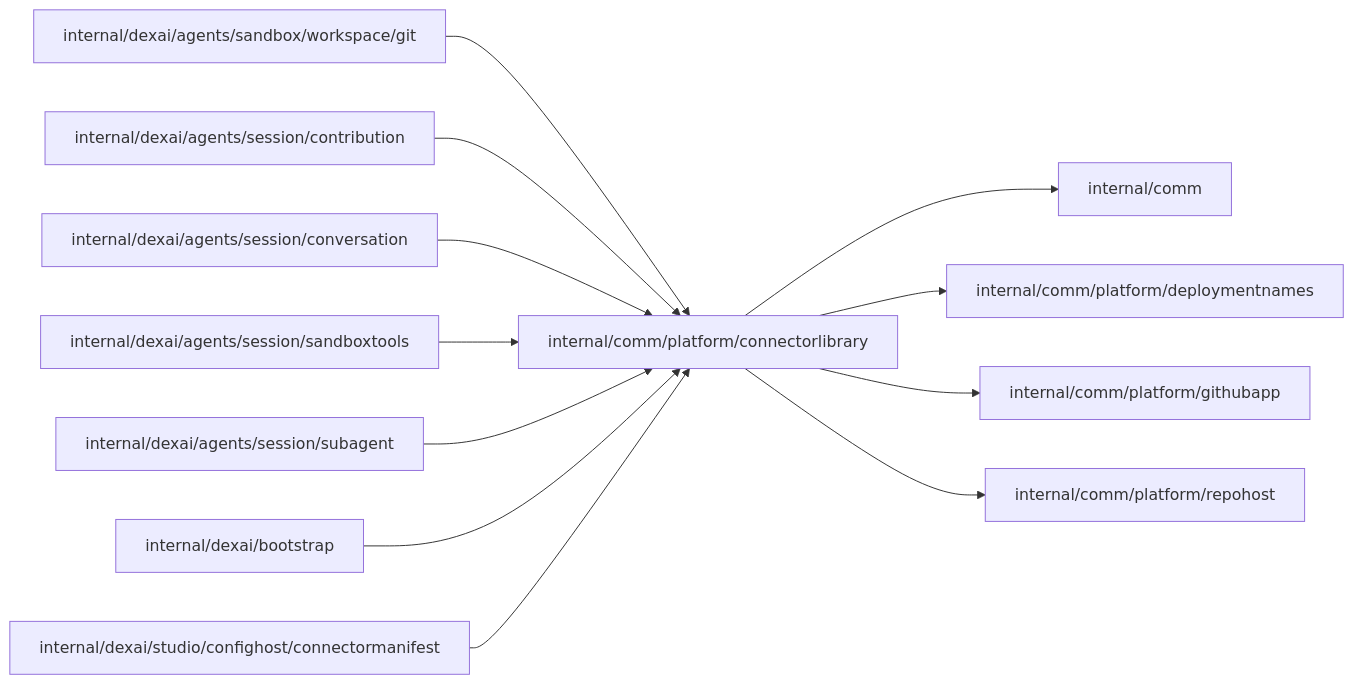
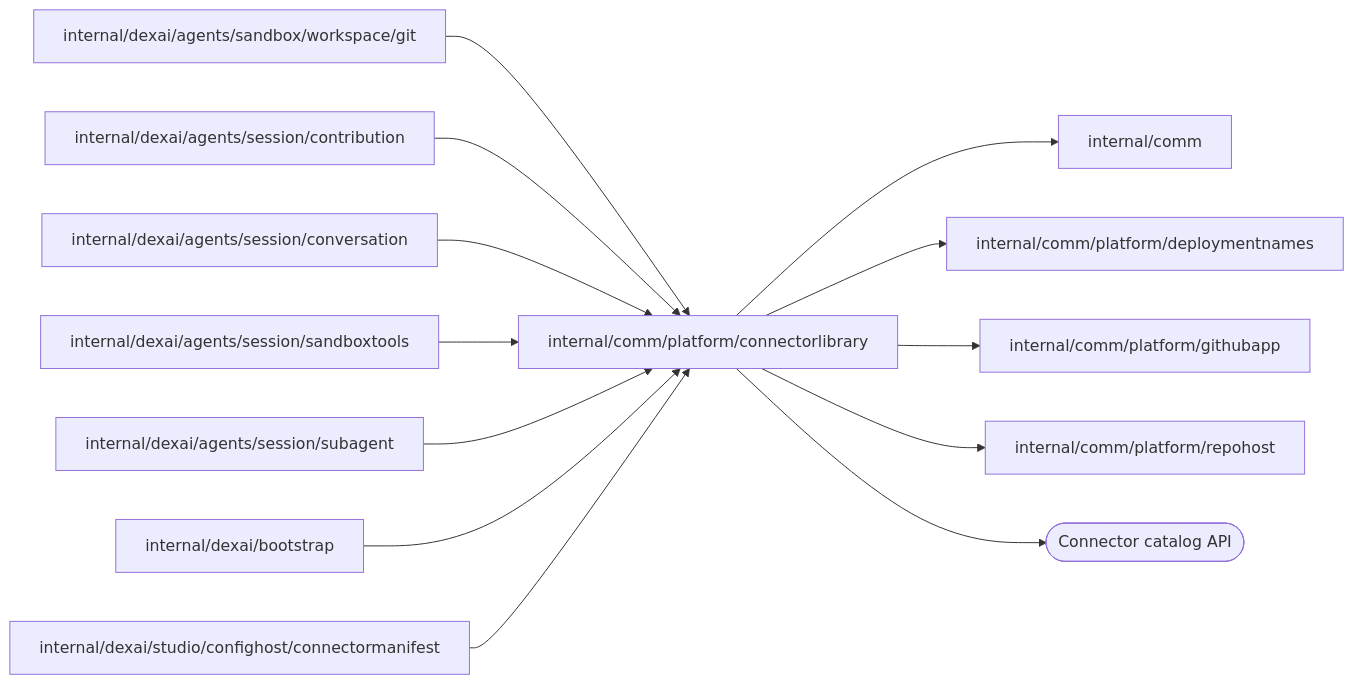
Before and after one commit to superdurable/superverse: the diagram in internal/comm/platform/connectorlibrary/README.md, drawn with Mermaid. The commit also changed other lines of this file and 111 other files, not shown here.

````diff
--- a/internal/comm/platform/connectorlibrary/README.md
+++ b/internal/comm/platform/connectorlibrary/README.md
@@ -10,15 +10,16 @@
 ```mermaid
 flowchart LR
   self["internal/comm/platform/connectorlibrary"]
   c0["internal/dexai/agents/sandbox/workspace/git"] --> self
   c1["internal/dexai/agents/session/contribution"] --> self
   c2["internal/dexai/agents/session/conversation"] --> self
   c3["internal/dexai/agents/session/sandboxtools"] --> self
   c4["internal/dexai/agents/session/subagent"] --> self
   c5["internal/dexai/bootstrap"] --> self
   c6["internal/dexai/studio/confighost/connectormanifest"] --> self
   self --> d0["internal/comm"]
   self --> d1["internal/comm/platform/deploymentnames"]
   self --> d2["internal/comm/platform/githubapp"]
   self --> d3["internal/comm/platform/repohost"]
+  self --> e0(["Connector catalog API"])
 ```
````
